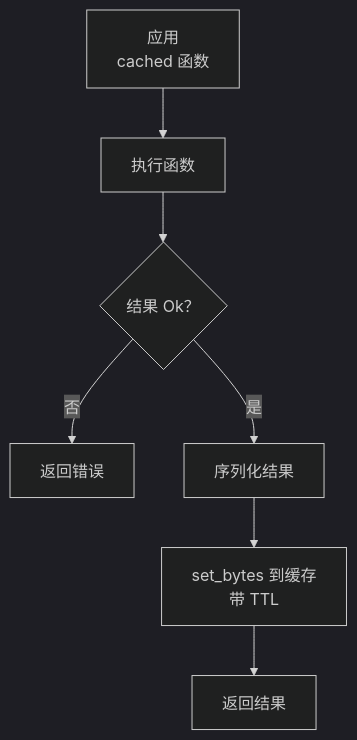
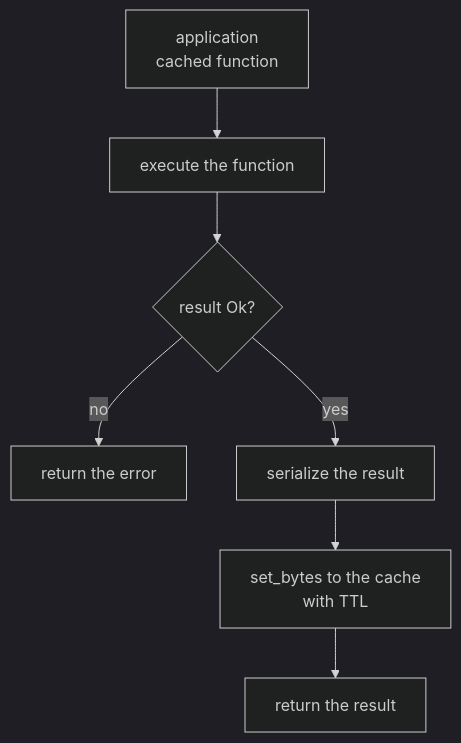
The fourth of 6 diagrams in docs/en/ARCHITECTURE.md (Kirky-X/oxcache), drawn with Mermaid (dark theme) before and after one commit. The commit also changed other lines of this file and 15 other files, not shown here.

````diff
--- a/docs/en/ARCHITECTURE.md
+++ b/docs/en/ARCHITECTURE.md
@@ -594,9 +594,9 @@
 ```mermaid
 flowchart TD
-    A["应用<br/>cached 函数"] --> B["执行函数"]
-    B --> C{"结果 Ok？"}
-    C -->|否| D["返回错误"]
-    C -->|是| E["序列化结果"]
-    E --> F["set_bytes 到缓存<br/>带 TTL"]
-    F --> L["返回结果"]
+    A["application<br/>cached function"] --> B["execute the function"]
+    B --> C{"result Ok?"}
+    C -->|no| D["return the error"]
+    C -->|yes| E["serialize the result"]
+    E --> F["set_bytes to the cache<br/>with TTL"]
+    F --> L["return the result"]
 ```
````
